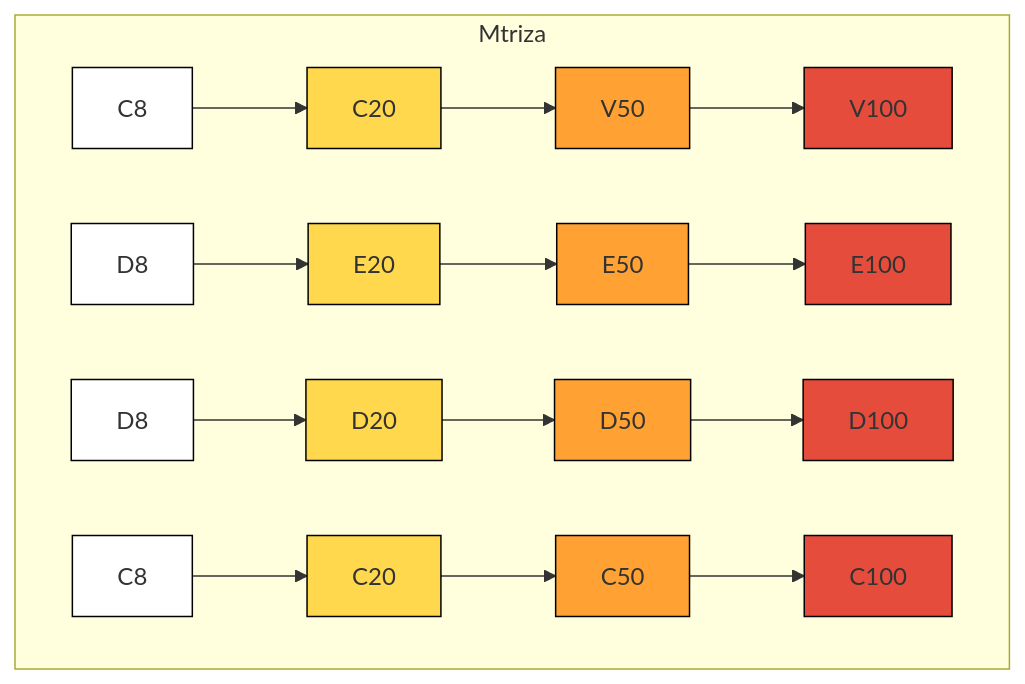
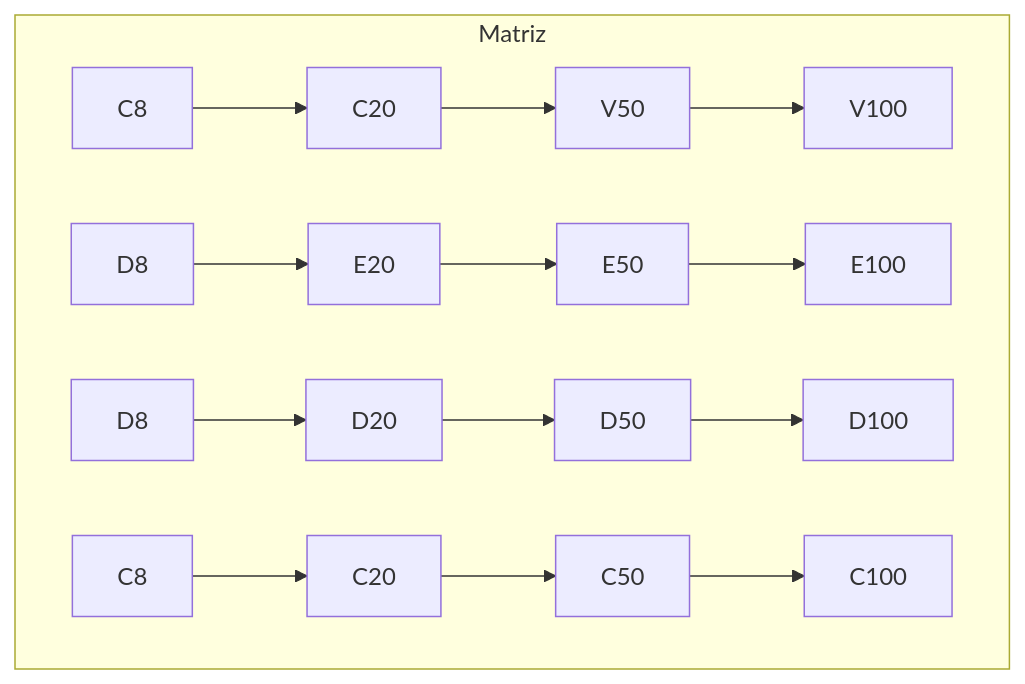
The fourth of 4 diagrams in README.md (ramtrigodev/grafico_gant), drawn with Mermaid before and after one commit.

````diff
--- a/README.md
+++ b/README.md
@@ -44,16 +44,13 @@
 ```mermaid
 graph TD
-    subgraph Mtriza
+    subgraph Matriz
         A1["C8"]:::white-->  A2["C20"]:::yellow --> A3["V50"]:::orange --> A4["V100"]:::red
         B1["D8"]:::white --> B2["E20"]:::yellow --> B3["E50"]:::orange --> B4["E100"]:::red
         C1["D8"]:::white --> C2["D20"]:::yellow --> C3["D50"]:::orange --> C4["D100"]:::red
         D1["C8"]:::white-->  D2["C20"]:::yellow --> D3["C50"]:::orange --> D4["C100"]:::red
     end
 
-    classDef white fill:#fff,stroke:#000,stroke-width:1px;
-    classDef yellow fill:#FFD84D,stroke:#000,stroke-width:1px;
-    classDef orange fill:#FFA233,stroke:#000,stroke-width:1px;
-    classDef red fill:#E64C3C,stroke:#000,stroke-width:1px;
+ 
 
 
 ```
````
